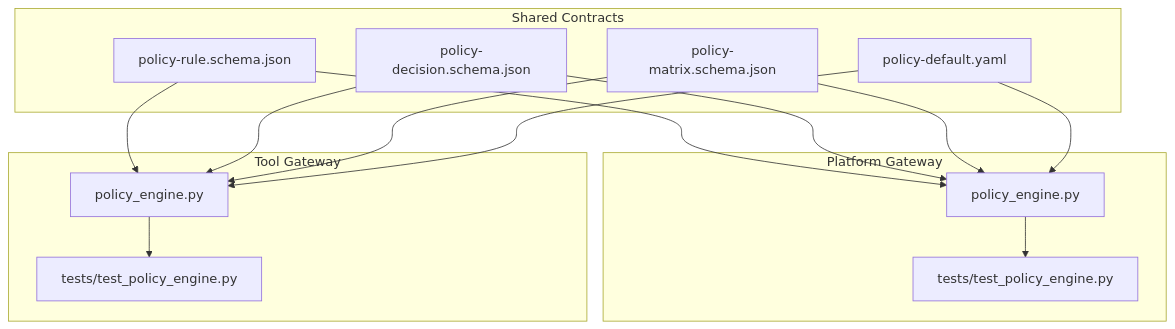
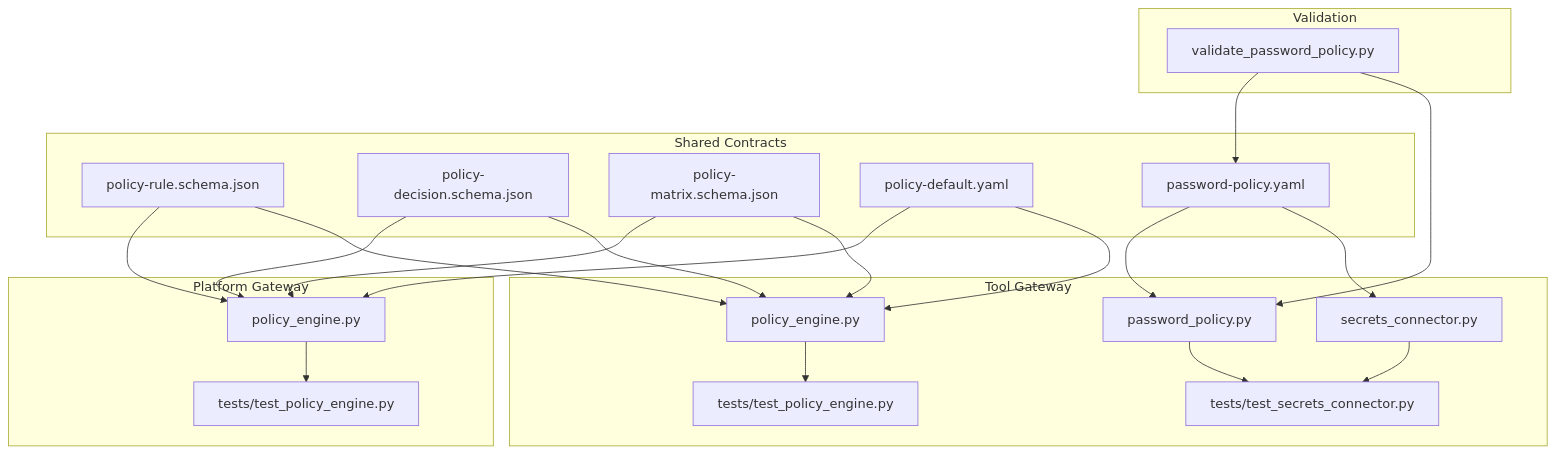
The first of 5 diagrams in .qoder/repowiki/en/content/Security and Authorization/Authorization Policies/Policy Rules and Schema.md (metasync/luban-aiops), drawn with Mermaid before and after one commit. The commit also changed other lines of this file and 56 other files, not shown here.

````diff
--- a/.qoder/repowiki/en/content/Security and Authorization/Authorization Policies/Policy Rules and Schema.md
+++ b/.qoder/repowiki/en/content/Security and Authorization/Authorization Policies/Policy Rules and Schema.md
@@ -40,27 +57,40 @@
 ```mermaid
 graph TB
 subgraph "Shared Contracts"
 S1["policy-rule.schema.json"]
 S2["policy-decision.schema.json"]
 S3["policy-matrix.schema.json"]
 S4["policy-default.yaml"]
+S5["password-policy.yaml"]
 end
 subgraph "Platform Gateway"
 P1["policy_engine.py"]
 T1["tests/test_policy_engine.py"]
 end
 subgraph "Tool Gateway"
 G1["policy_engine.py"]
+G2["password_policy.py"]
+G3["secrets_connector.py"]
 T2["tests/test_policy_engine.py"]
+T3["tests/test_secrets_connector.py"]
+end
+subgraph "Validation"
+V1["validate_password_policy.py"]
 end
 S1 --> P1
 S2 --> P1
 S3 --> P1
 S4 --> P1
+S5 --> G2
+S5 --> G3
 S1 --> G1
 S2 --> G1
 S3 --> G1
 S4 --> G1
+V1 --> S5
+V1 --> G2
 P1 --> T1
 G1 --> T2
+G2 --> T3
+G3 --> T3
 ```
````
